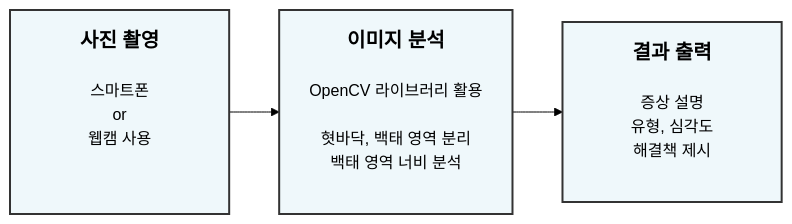
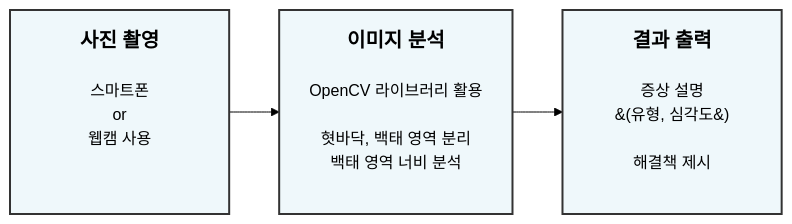
Before and after one commit to 201710808/-p: the diagram in Readme.md, drawn with Mermaid (forest theme).

````diff
--- a/Readme.md
+++ b/Readme.md
@@ -3,9 +3,9 @@
 ```mermaid
 graph LR
 A[<b><span style='font-size:20px'>  사진 촬영  </span></b><br><br>스마트폰\nor\n웹캠 사용<br><br><br>]-->B[<b><span style='font-size:20px'>이미지 분석</span></b><br><br>OpenCV 라이브러리 활용<br><br>혓바닥, 백태 영역 분리<br>백태 영역 너비 분석<br><br>]
-B-->C[<b><span style='font-size:20px'>  결과 출력  </span></b><br><br>증상 설명<br>유형, 심각도<br>해결책 제시<br><br>]
+B-->C[<b><span style='font-size:20px'>  결과 출력  </span></b><br><br>증상 설명<br>&#40;유형, 심각도&#41;<br><br>해결책 제시<br><br>]
 
 style A fill:#EFF8FB ,stroke:#333,stroke-width:2px
 style B fill:#EFF8FB ,stroke:#333,stroke-width:2px
 style C fill:#EFF8FB ,stroke:#333,stroke-width:2px
 ```
````
